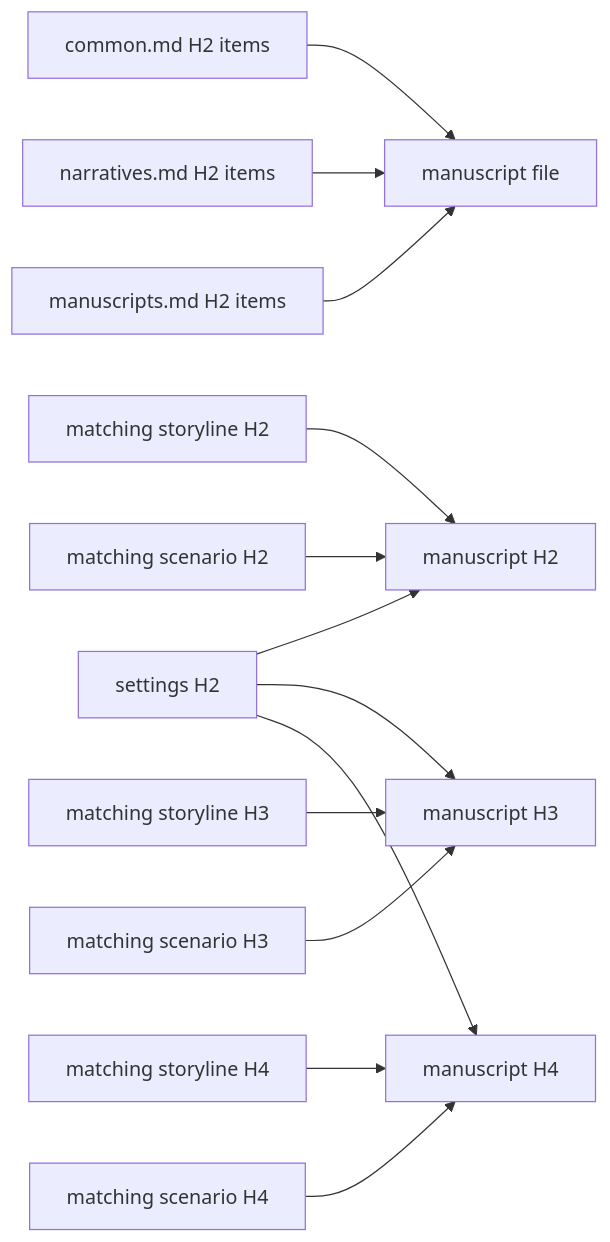
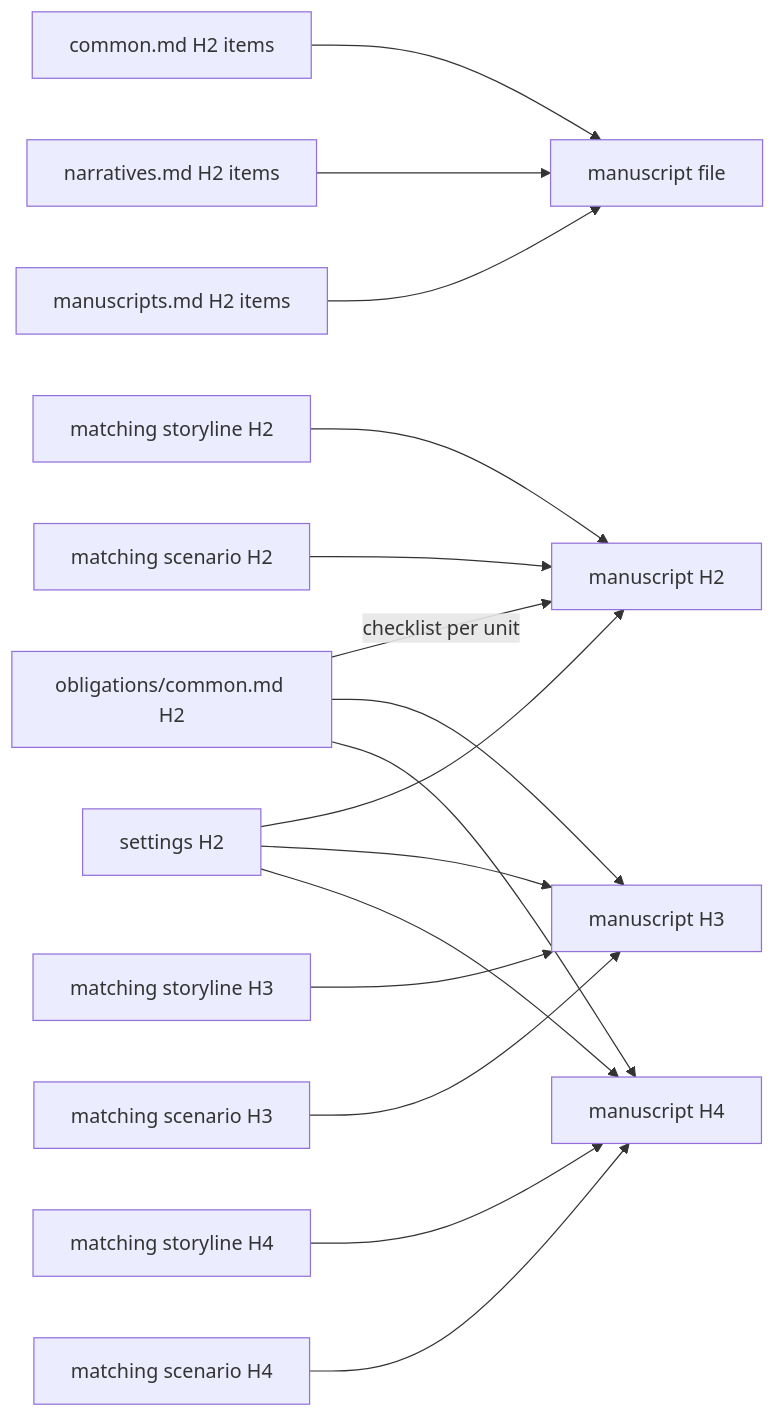
One commit to samchon/novels changed the diagram in .agents/skills/novel/manuscripts.md. Above: the diagram before and after it, drawn with Mermaid. The commit also changed other lines of this file and 36 other files, not shown here.

````diff
--- a/.agents/skills/novel/manuscripts.md
+++ b/.agents/skills/novel/manuscripts.md
@@ -20,15 +22,18 @@
 ```mermaid
 flowchart LR
   CM["common.md H2 items"] --> MF["manuscript file"]
   PC["narratives.md H2 items"] --> MF
   PL["manuscripts.md H2 items"] --> MF
+  OU["obligations/common.md H2"] -->|"checklist per unit"| M2
+  OU --> M3
+  OU --> M4
   F["settings H2"] --> M2["manuscript H2"]
   F --> M3["manuscript H3"]
   F --> M4["manuscript H4"]
   T2["matching storyline H2"] --> M2
   C2["matching scenario H2"] --> M2
   T3["matching storyline H3"] --> M3
   C3["matching scenario H3"] --> M3
   T4["matching storyline H4"] --> M4
   C4["matching scenario H4"] --> M4
 ```
````
